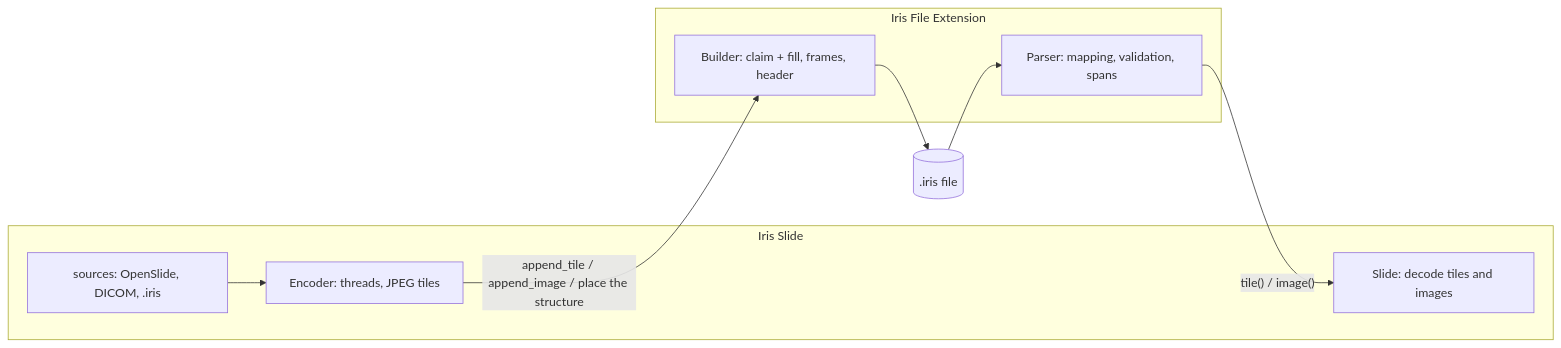
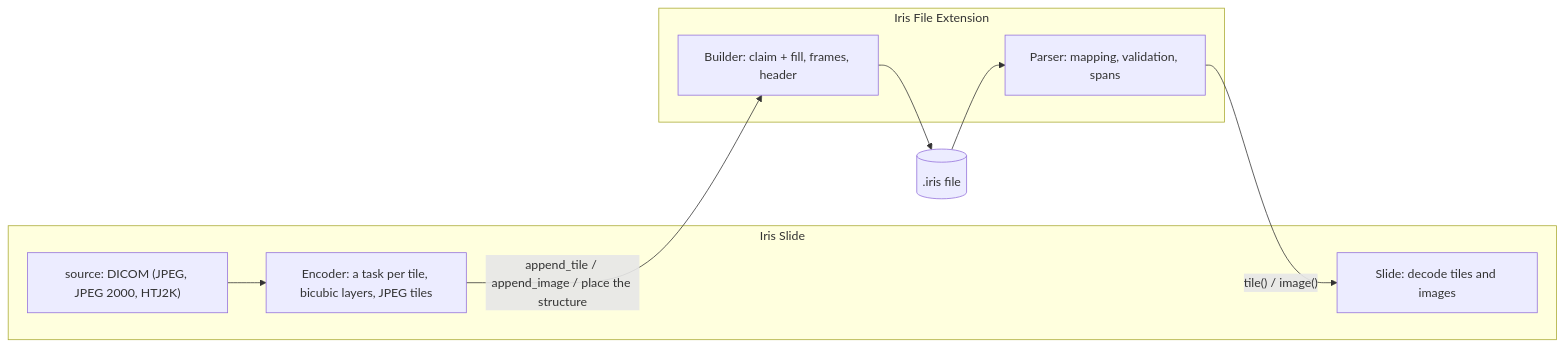
Before and after one commit to Aptix-Bio/Iris-Slide: the diagram in README.md, drawn with Mermaid. The commit also changed other lines of this file and 38 other files, not shown here.

First line of the commit message:
EncoderSurface_24.1: the rebuilt encoder replaces the old one; DICOM sources only

````diff
--- a/README.md
+++ b/README.md
@@ -45,14 +40,14 @@
 ```mermaid
 flowchart LR
     subgraph codec["Iris Slide"]
-        src["sources: OpenSlide, DICOM, .iris"] --> enc["Encoder: threads, JPEG tiles"]
+        src["source: DICOM (JPEG, JPEG 2000, HTJ2K)"] --> enc["Encoder: a task per tile, bicubic layers, JPEG tiles"]
         slide["Slide: decode tiles and images"]
     end
     subgraph ife["Iris File Extension"]
         builder["Builder: claim + fill, frames, header"]
         parser["Parser: mapping, validation, spans"]
     end
     enc -- "append_tile / append_image / place the structure" --> builder
     builder --> file[(".iris file")]
     file --> parser -- "tile() / image()" --> slide
 ```
````
